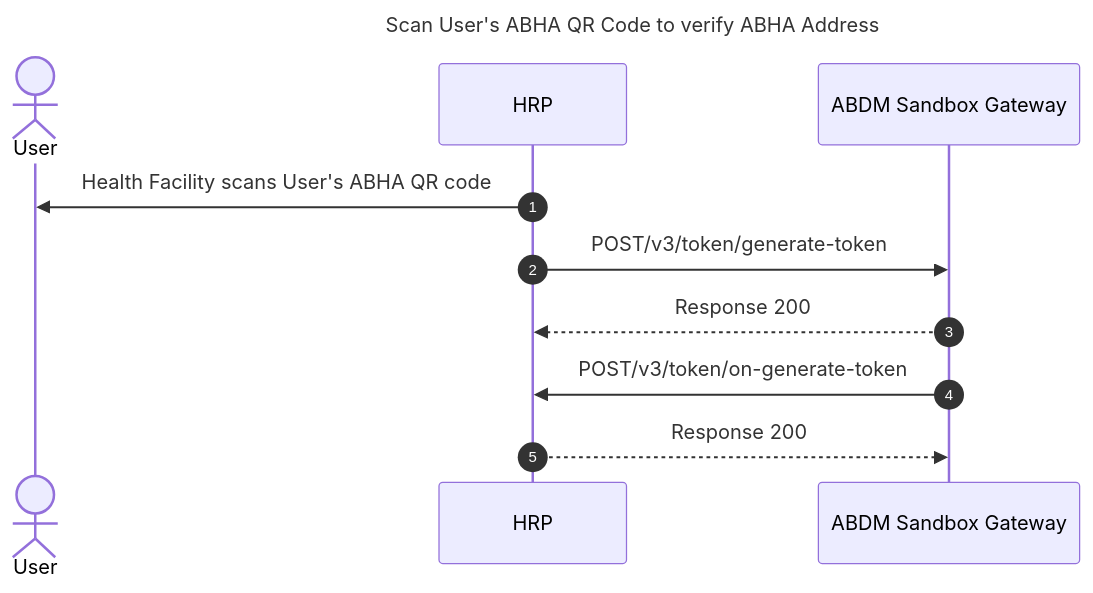
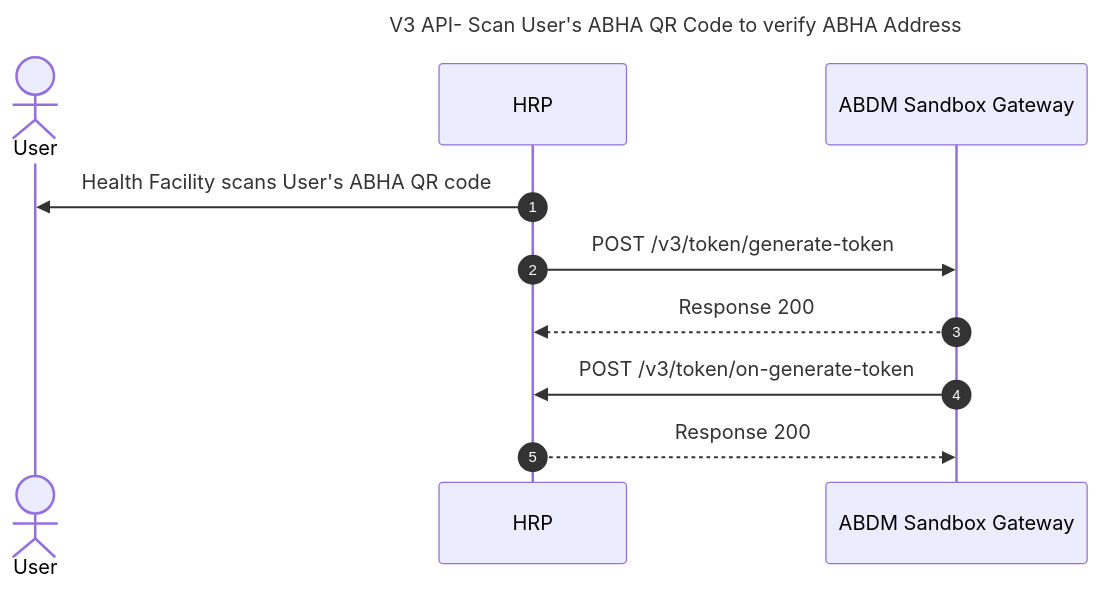
Before and after one commit to kiranma72/abdm-docs: the second of 2 diagrams in content/2-milestone1/verify-abha-address/user-abha-qr-scan.md, drawn with Mermaid. The commit also changed other lines of this file and 1 other file, not shown here.

Commit message:
added v0.5 api version for user scan qr code

```diff
--- a/content/2-milestone1/verify-abha-address/user-abha-qr-scan.md
+++ b/content/2-milestone1/verify-abha-address/user-abha-qr-scan.md
@@ -76,11 +141,11 @@
 {{< mermaid >}}
 %%{init:{"fontSize": "1.0rem", "sequence":{"showSequenceNumbers":true}}}%%
 sequenceDiagram
-title Scan User's ABHA QR Code to verify ABHA Address
+title V3 API- Scan User's ABHA QR Code to verify ABHA Address
 actor User
 HRP->>User:Health Facility scans User's ABHA QR code
-HRP->>ABDM Sandbox Gateway:POST/v3/token/generate-token
+HRP->>ABDM Sandbox Gateway:POST /v3/token/generate-token
 ABDM Sandbox Gateway-->>HRP:Response 200
-ABDM Sandbox Gateway->>HRP:POST/v3/token/on-generate-token
+ABDM Sandbox Gateway->>HRP:POST /v3/token/on-generate-token
 HRP-->>ABDM Sandbox Gateway:Response 200
 {{< /mermaid >}}
```
